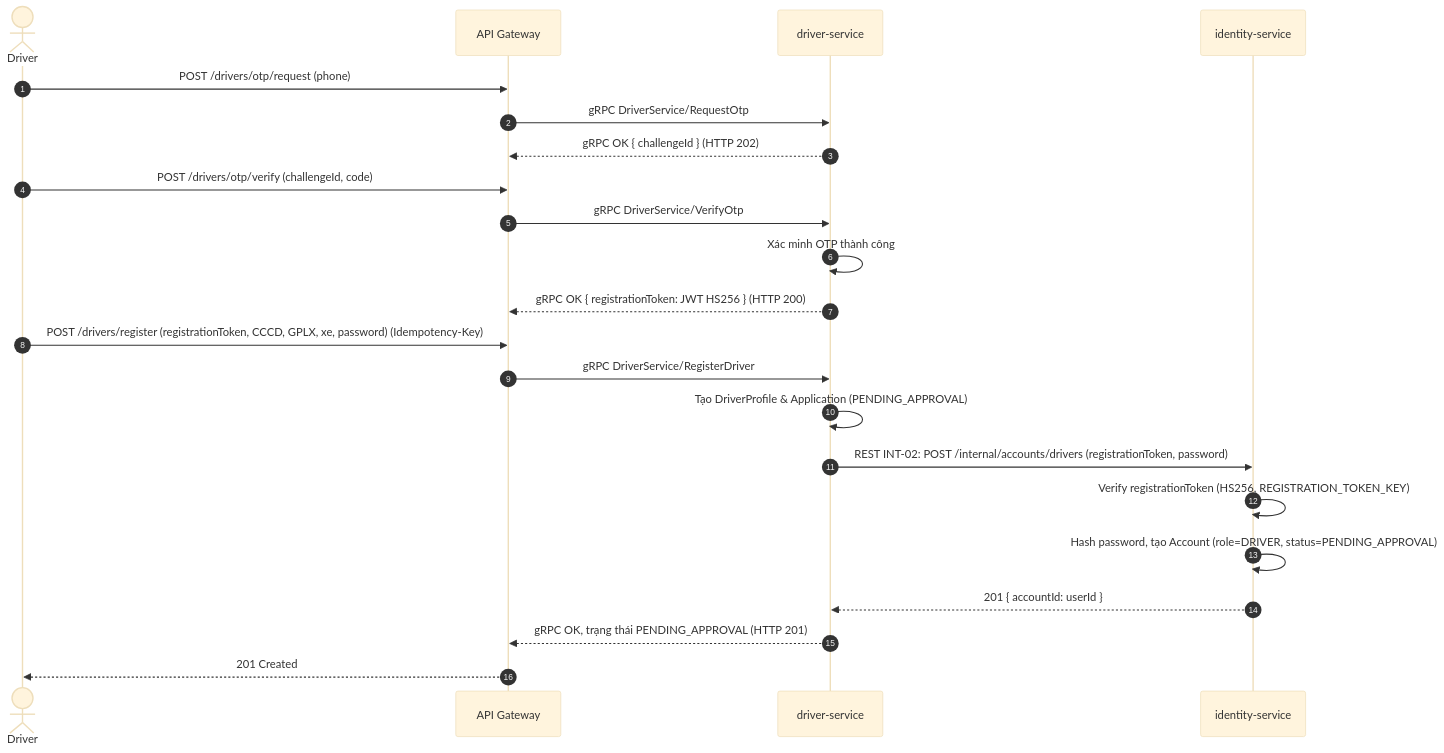
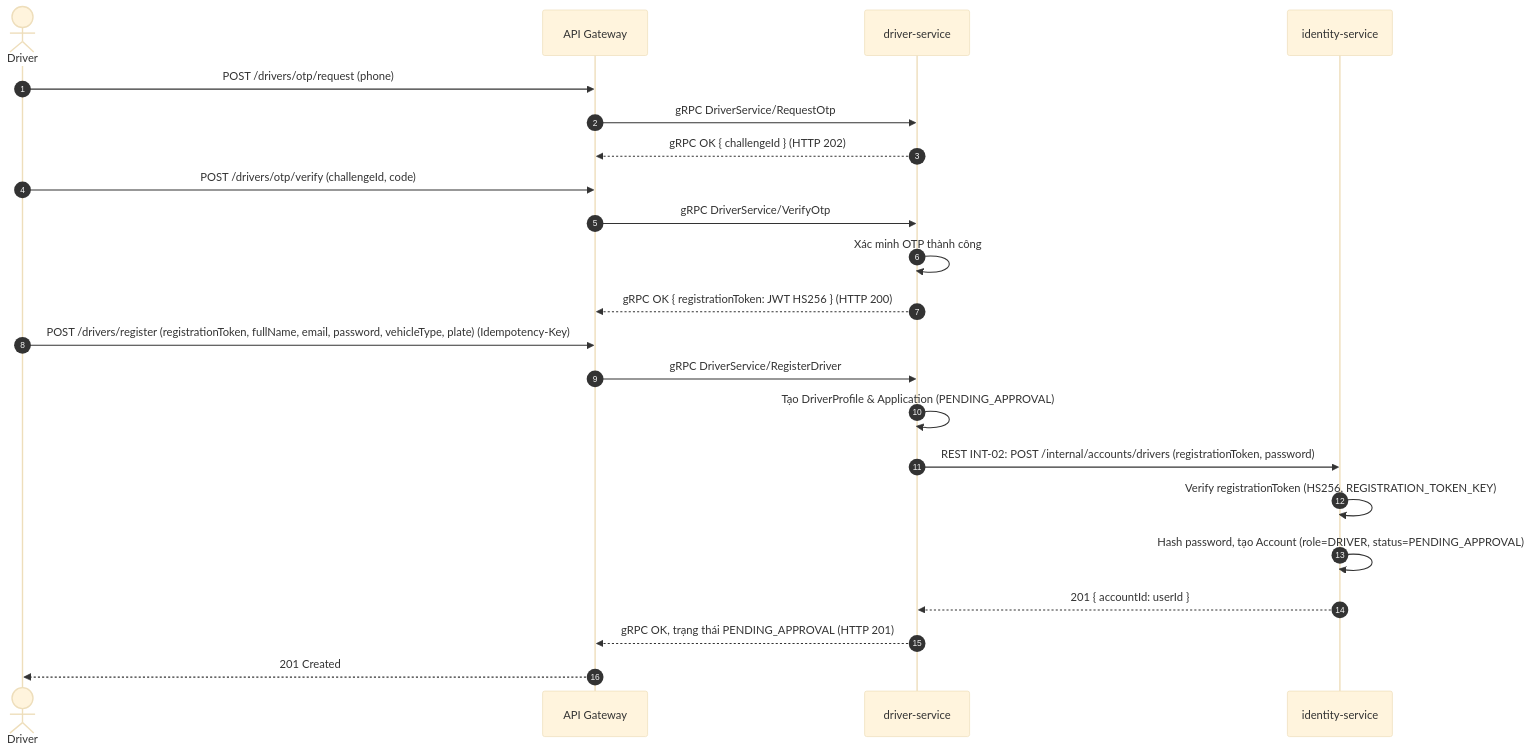
One commit to HHT777/23659411_HuynhHuuTuan_CABsystem changed the fourth of 11 diagrams in microservice_design.md. Above: the diagram before and after it, drawn with Mermaid (base theme). The commit also changed other lines of this file and 73 other files, not shown here.

````diff
--- a/microservice_design.md
+++ b/microservice_design.md
@@ -755,25 +755,25 @@
 ```mermaid
 sequenceDiagram
   autonumber
   actor Driver
   participant G as API Gateway
   participant D as driver-service
   participant I as identity-service
 
   Driver->>G: POST /drivers/otp/request (phone)
   G->>D: gRPC DriverService/RequestOtp
   D-->>G: gRPC OK { challengeId } (HTTP 202)
   Driver->>G: POST /drivers/otp/verify (challengeId, code)
   G->>D: gRPC DriverService/VerifyOtp
   D->>D: Xác minh OTP thành công
   D-->>G: gRPC OK { registrationToken: JWT HS256 } (HTTP 200)
-  Driver->>G: POST /drivers/register (registrationToken, CCCD, GPLX, xe, password) (Idempotency-Key)
+  Driver->>G: POST /drivers/register (registrationToken, fullName, email, password, vehicleType, plate) (Idempotency-Key)
   G->>D: gRPC DriverService/RegisterDriver
   D->>D: Tạo DriverProfile & Application (PENDING_APPROVAL)
   D->>I: REST INT-02: POST /internal/accounts/drivers (registrationToken, password)
   I->>I: Verify registrationToken (HS256, REGISTRATION_TOKEN_KEY)
   I->>I: Hash password, tạo Account (role=DRIVER, status=PENDING_APPROVAL)
   I-->>D: 201 { accountId: userId }
   D-->>G: gRPC OK, trạng thái PENDING_APPROVAL (HTTP 201)
   G-->>Driver: 201 Created
 ```
````
